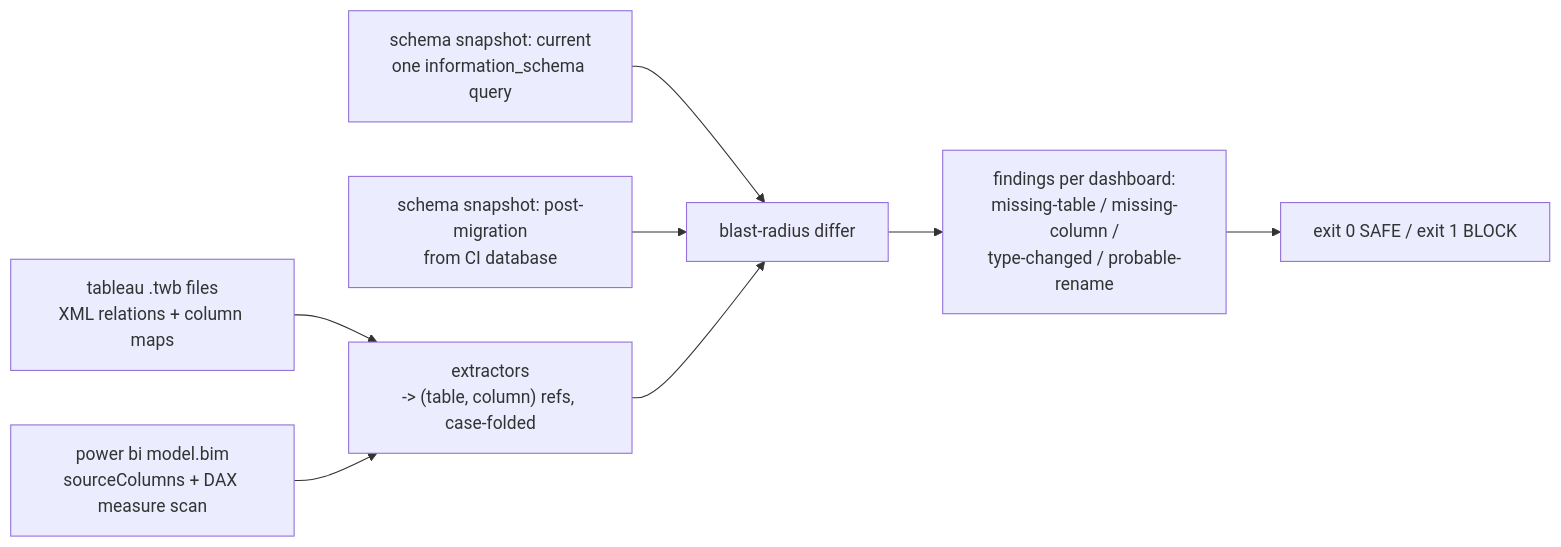
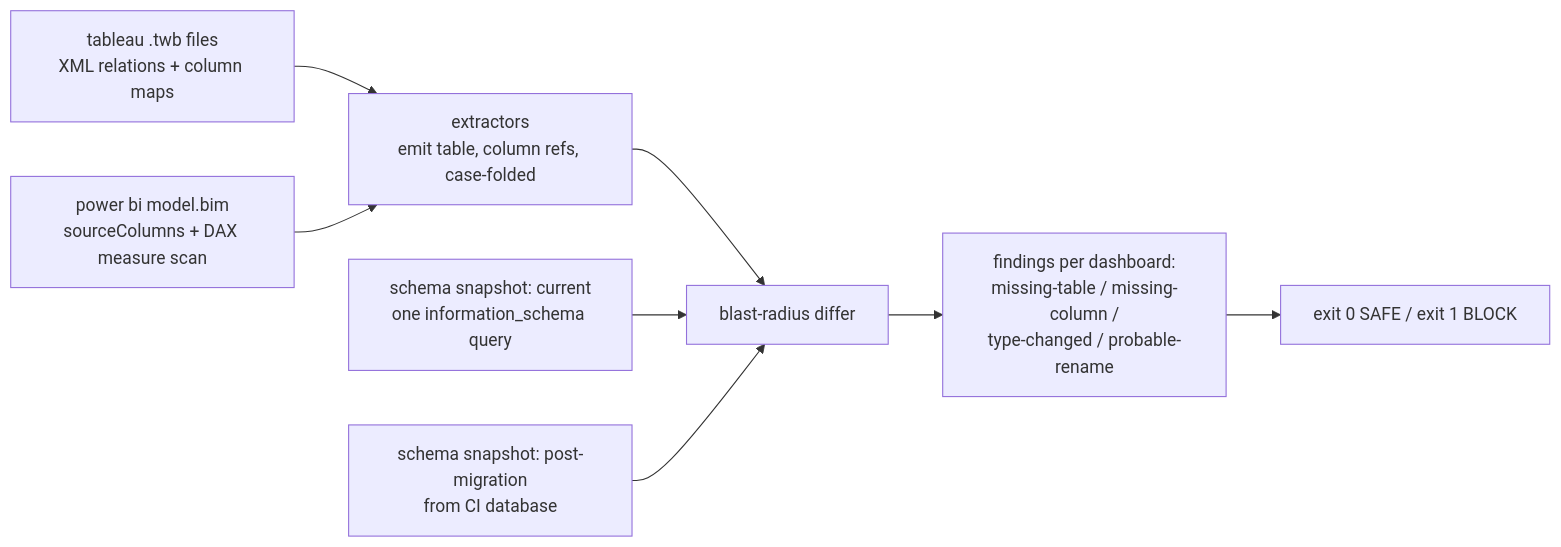
Before and after one commit to kattakeerthnareddy/dashboard-drift-radar: the diagram in README.md, drawn with Mermaid.

Commit message:
docs(readme): fix mermaid render failure in architecture diagram
The extractors node label embedded a literal "->" inside its quoted
text ("extractors<br/>-> (table, column) refs, case-folded"). GitHub's
mermaid renderer failed on this README with "Cannot read properties of
undefined (reading 'render')", leaving the raw source visible instead
of a diagram. This is the one node label across all 8 repos' diagrams
that embeds an arrow-like token inside quotes, and removing it is a
safe fix with no loss of meaning (reworded to 'emit table, column refs').

Also moved the D node's bracketed definition (blast-radius differ) to
its first reference (X --> D) instead of two lines later at S1/S2,
so no node is referenced by bare id before its label is defined.

Verified by rendering both the original and fixed mermaid source with
mermaid-cli (mermaid 11.14.0, headless Chromium) and confirming the
fixed version produces a real flowchart-v2 SVG with all seven node
labels present.

````diff
--- a/README.md
+++ b/README.md
@@ -26,10 +26,10 @@
 ```mermaid
 flowchart LR
-    T["tableau .twb files<br/>XML relations + column maps"] --> X["extractors<br/>-> (table, column) refs, case-folded"]
+    T["tableau .twb files<br/>XML relations + column maps"] --> X["extractors<br/>emit table, column refs, case-folded"]
     P["power bi model.bim<br/>sourceColumns + DAX measure scan"] --> X
+    X --> D["blast-radius differ"]
     S1["schema snapshot: current<br/>one information_schema query"] --> D
     S2["schema snapshot: post-migration<br/>from CI database"] --> D
-    X --> D["blast-radius differ"]
     D --> R["findings per dashboard:<br/>missing-table / missing-column /<br/>type-changed / probable-rename"]
     R --> G["exit 0 SAFE / exit 1 BLOCK"]
 ```
````
